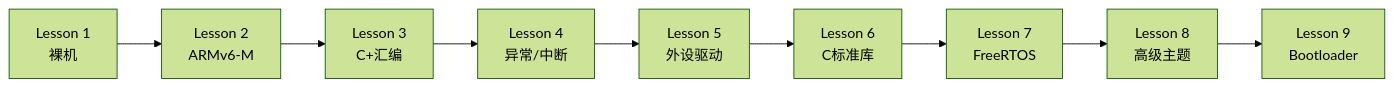
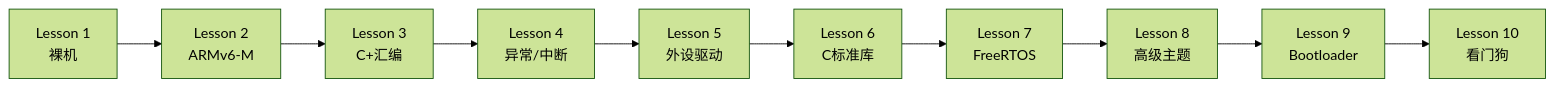
Before and after one commit to neluca/embedded-from-scratch: the first of 2 diagrams in README.md, drawn with Mermaid (forest theme). The commit also changed other lines of this file and 11 other files, not shown here.

````diff
--- a/README.md
+++ b/README.md
@@ -55,4 +55,4 @@
 ```mermaid
 flowchart LR
-    L1["Lesson 1<br>裸机"] --> L2["Lesson 2<br>ARMv6-M"] --> L3["Lesson 3<br>C+汇编"] --> L4["Lesson 4<br>异常/中断"] --> L5["Lesson 5<br>外设驱动"] --> L6["Lesson 6<br>C标准库"] --> L7["Lesson 7<br>FreeRTOS"] --> L8["Lesson 8<br>高级主题"] --> L9["Lesson 9<br>Bootloader"]
+    L1["Lesson 1<br>裸机"] --> L2["Lesson 2<br>ARMv6-M"] --> L3["Lesson 3<br>C+汇编"] --> L4["Lesson 4<br>异常/中断"] --> L5["Lesson 5<br>外设驱动"] --> L6["Lesson 6<br>C标准库"] --> L7["Lesson 7<br>FreeRTOS"] --> L8["Lesson 8<br>高级主题"] --> L9["Lesson 9<br>Bootloader"] --> L10["Lesson 10<br>看门狗"]
 ```
````
